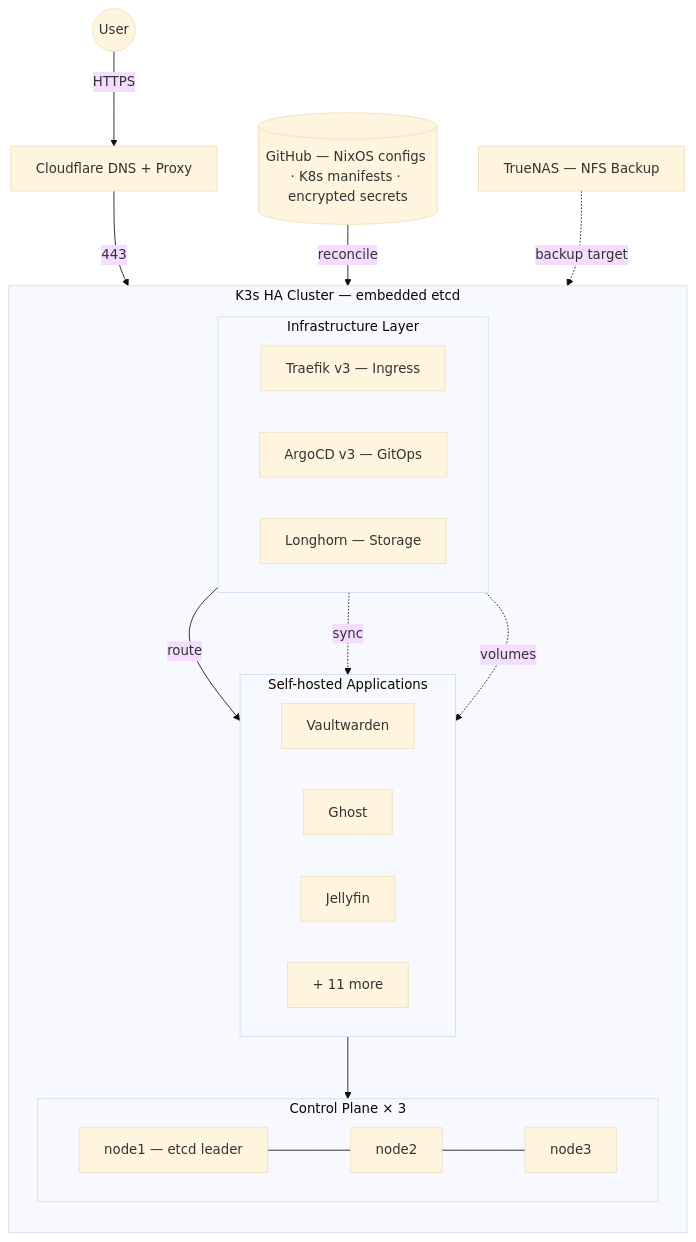
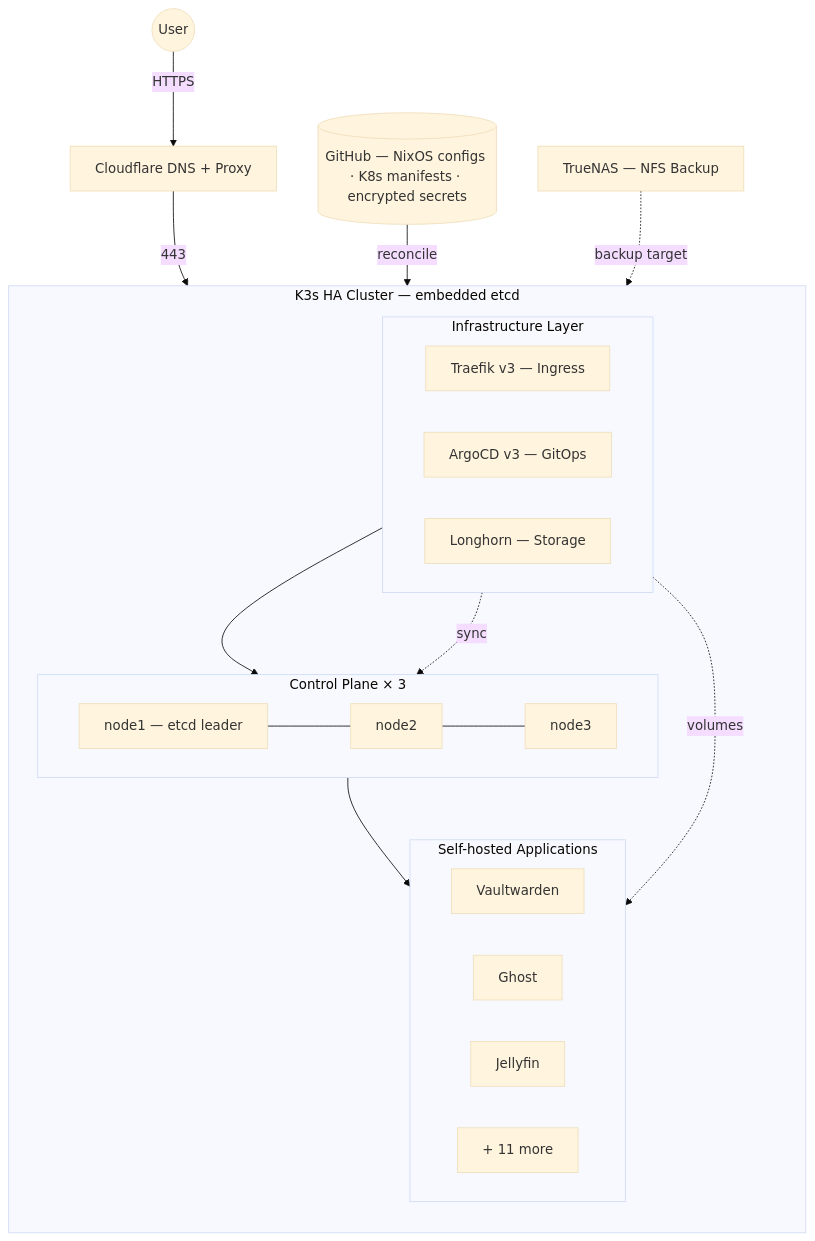
Before and after one commit to Yasuke2000/Homelab: the diagram in docs/index.md, drawn with Mermaid (base theme).

Commit message:
docs: fix architecture diagram flow — apps behind control plane
Reorder: Infra → Control Plane → Apps (apps run on nodes, not before them)

````diff
--- a/docs/index.md
+++ b/docs/index.md
@@ -14,40 +14,40 @@
 ```mermaid
 graph TD
     User((User)) -->|HTTPS| CF[Cloudflare DNS + Proxy]
 
     CF -->|443| Traefik
 
     Repo[(GitHub — NixOS configs · K8s manifests · encrypted secrets)] -->|reconcile| ArgoCD
 
     subgraph Cluster[K3s HA Cluster — embedded etcd]
         direction TB
 
         subgraph Infra[Infrastructure Layer]
             direction LR
             Traefik[Traefik v3 — Ingress]
             ArgoCD[ArgoCD v3 — GitOps]
             Longhorn[Longhorn — Storage]
         end
 
-        Traefik -->|route| Apps
-        ArgoCD -.->|sync| Apps
+        subgraph CP[Control Plane × 3]
+            direction LR
+            N1[node1 — etcd leader] --- N2[node2] --- N3[node3]
+        end
+
+        Traefik --> CP
+        ArgoCD -.->|sync| CP
+
+        CP --> Apps
         Longhorn -.->|volumes| Apps
 
         subgraph Apps[Self-hosted Applications]
             direction LR
             Vault[Vaultwarden]
             Ghost[Ghost]
             Jelly[Jellyfin]
             More[+ 11 more]
         end
-
-        subgraph CP[Control Plane × 3]
-            direction LR
-            N1[node1 — etcd leader] --- N2[node2] --- N3[node3]
-        end
-
-        Apps --> CP
     end
 
     NAS[TrueNAS — NFS Backup] -.->|backup target| Longhorn
 ```
````
